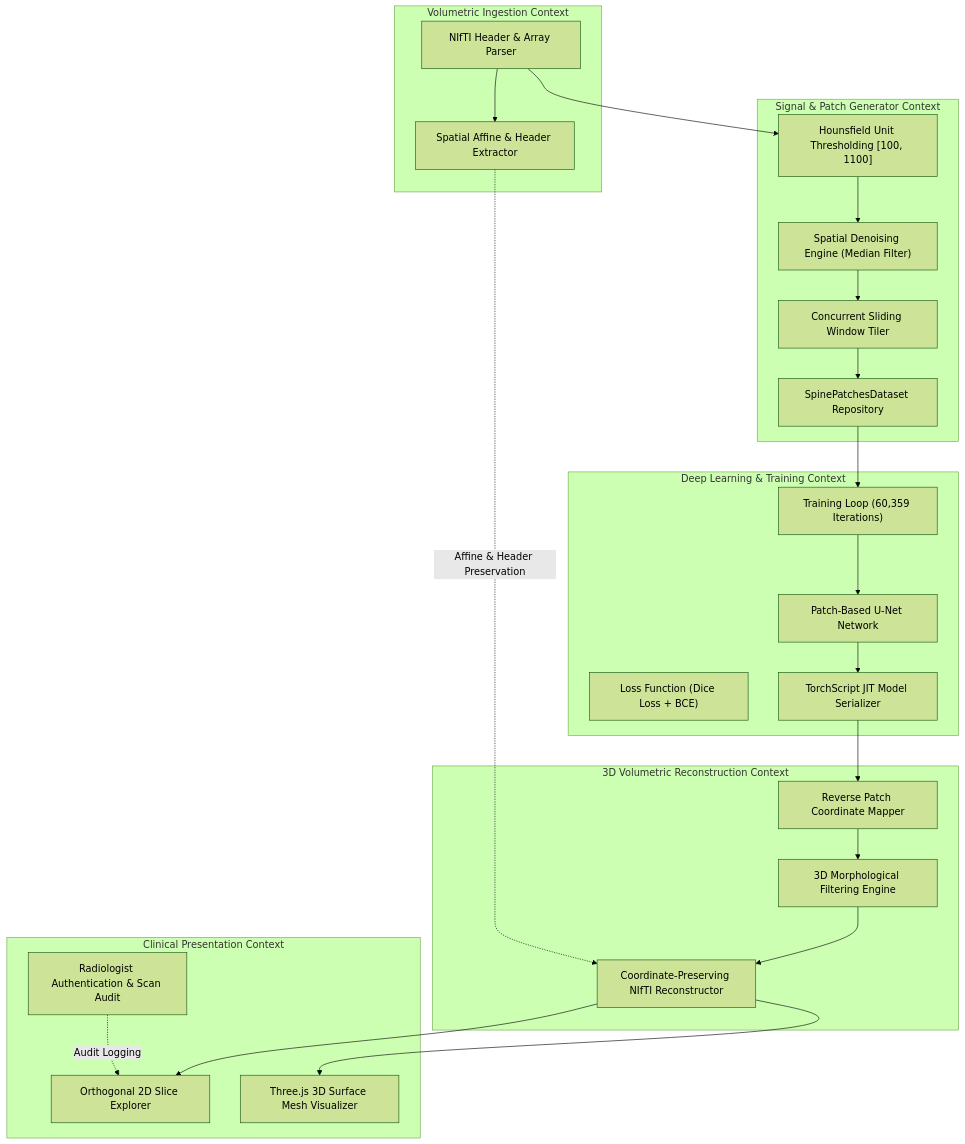
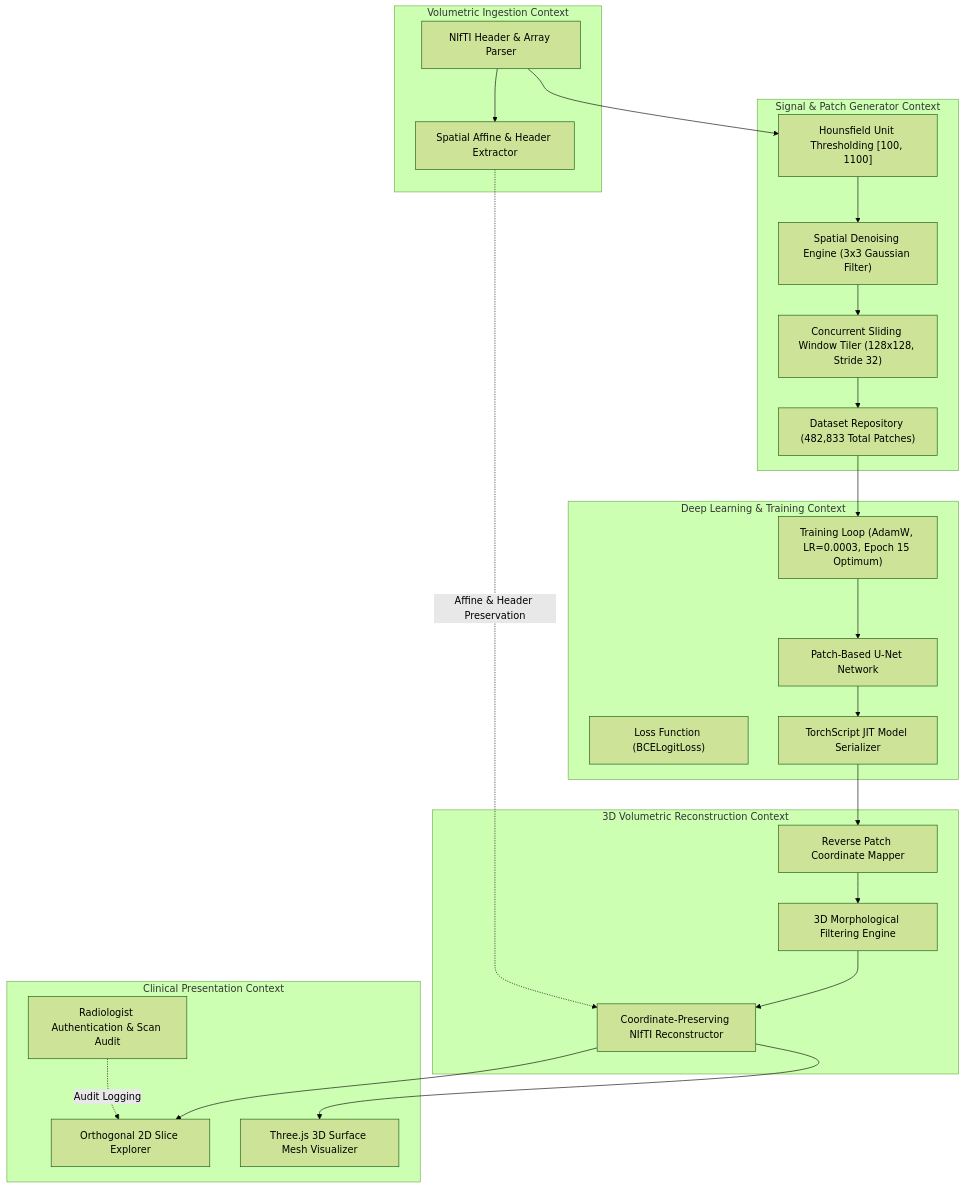
The first of 2 diagrams in docs/domain-map.md (Nawaz393/spine-vertebrae-segmentation-architecture), drawn with Mermaid (forest theme) before and after one commit. The commit also changed other lines of this file and 11 other files, not shown here.

````diff
--- a/docs/domain-map.md
+++ b/docs/domain-map.md
@@ -11,49 +11,49 @@
 ```mermaid
 flowchart TD
     subgraph INGESTION_CTX ["Volumetric Ingestion Context"]
         NII_READER["NIfTI Header & Array Parser"]
         METADATA_EXTR["Spatial Affine & Header Extractor"]
     end
 
     subgraph PREPROC_CTX ["Signal & Patch Generator Context"]
         HU_FILTER["Hounsfield Unit Thresholding [100, 1100]"]
-        DENOISE_ENG["Spatial Denoising Engine (Median Filter)"]
-        PATCH_ENG["Concurrent Sliding Window Tiler"]
-        DATASET_REPO["SpinePatchesDataset Repository"]
+        DENOISE_ENG["Spatial Denoising Engine (3x3 Gaussian Filter)"]
+        PATCH_ENG["Concurrent Sliding Window Tiler (128x128, Stride 32)"]
+        DATASET_REPO["Dataset Repository (482,833 Total Patches)"]
     end
 
     subgraph MODEL_CTX ["Deep Learning & Training Context"]
         UNET_MODEL["Patch-Based U-Net Network"]
-        TRAINER["Training Loop (60,359 Iterations)"]
-        LOSS_EVAL["Loss Function (Dice Loss + BCE)"]
+        TRAINER["Training Loop (AdamW, LR=0.0003, Epoch 15 Optimum)"]
+        LOSS_EVAL["Loss Function (BCELogitLoss)"]
         JIT_SER["TorchScript JIT Model Serializer"]
     end
 
     subgraph RECON_CTX ["3D Volumetric Reconstruction Context"]
         STITCH_ENG["Reverse Patch Coordinate Mapper"]
         MORPH_POST["3D Morphological Filtering Engine"]
         NII_BUILDER["Coordinate-Preserving NIfTI Reconstructor"]
     end
 
     subgraph CLINICAL_CTX ["Clinical Presentation Context"]
         WEB_AUTH["Radiologist Authentication & Scan Audit"]
         SLICE_VIEW["Orthogonal 2D Slice Explorer"]
         MESH_VIEW["Three.js 3D Surface Mesh Visualizer"]
     end
 
     NII_READER --> METADATA_EXTR
     NII_READER --> HU_FILTER
     HU_FILTER --> DENOISE_ENG
     DENOISE_ENG --> PATCH_ENG
     PATCH_ENG --> DATASET_REPO
     DATASET_REPO --> TRAINER
     TRAINER --> UNET_MODEL
     UNET_MODEL --> JIT_SER
     JIT_SER --> STITCH_ENG
     STITCH_ENG --> MORPH_POST
     MORPH_POST --> NII_BUILDER
     METADATA_EXTR -.->|"Affine & Header Preservation"| NII_BUILDER
     NII_BUILDER --> MESH_VIEW
     NII_BUILDER --> SLICE_VIEW
     WEB_AUTH -.->|"Audit Logging"| SLICE_VIEW
 ```
````
